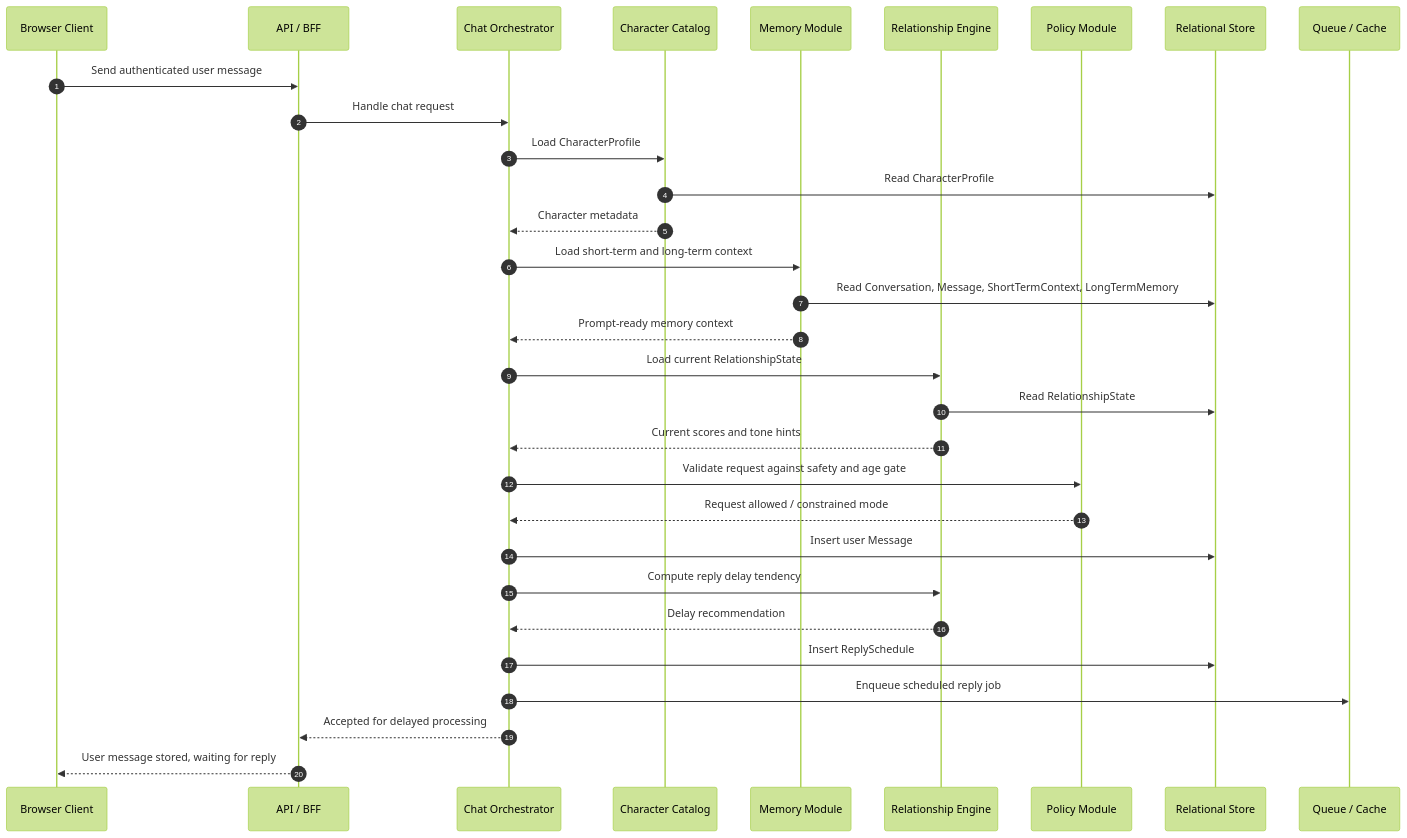
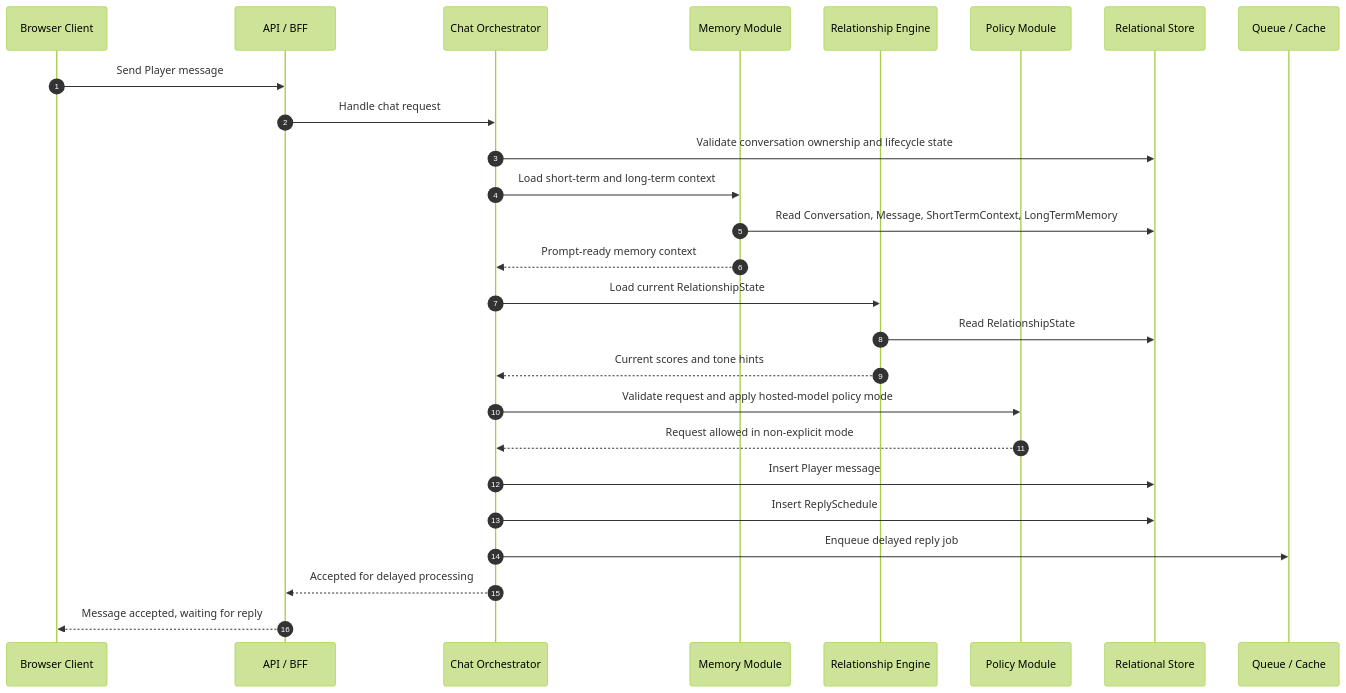
The second of 6 diagrams in docs/02_architecture/renai-game-llm-mvp-sequence-flows.md (aa-aiera/renai_docs), drawn with Mermaid (forest theme) before and after one commit. The commit also changed other lines of this file and 16 other files, not shown here.

First line of the commit message:
Rename user/character to Player/MC; enforce phase1 policies

````diff
--- a/docs/02_architecture/renai-game-llm-mvp-sequence-flows.md
+++ b/docs/02_architecture/renai-game-llm-mvp-sequence-flows.md
@@ -159,38 +87,32 @@
 ```mermaid
 sequenceDiagram
     autonumber
     participant C as Browser Client
     participant API as API / BFF
     participant ORCH as Chat Orchestrator
-    participant CHAR as Character Catalog
     participant MEM as Memory Module
     participant REL as Relationship Engine
     participant POL as Policy Module
     participant DB as Relational Store
     participant Q as Queue / Cache
 
-    C->>API: Send authenticated user message
+    C->>API: Send Player message
     API->>ORCH: Handle chat request
-    ORCH->>CHAR: Load CharacterProfile
-    CHAR->>DB: Read CharacterProfile
-    CHAR-->>ORCH: Character metadata
-
+    ORCH->>DB: Validate conversation ownership and lifecycle state
     ORCH->>MEM: Load short-term and long-term context
     MEM->>DB: Read Conversation, Message, ShortTermContext, LongTermMemory
     MEM-->>ORCH: Prompt-ready memory context
 
     ORCH->>REL: Load current RelationshipState
     REL->>DB: Read RelationshipState
     REL-->>ORCH: Current scores and tone hints
 
-    ORCH->>POL: Validate request against safety and age gate
-    POL-->>ORCH: Request allowed / constrained mode
+    ORCH->>POL: Validate request and apply hosted-model policy mode
+    POL-->>ORCH: Request allowed in non-explicit mode
 
-    ORCH->>DB: Insert user Message
-    ORCH->>REL: Compute reply delay tendency
-    REL-->>ORCH: Delay recommendation
+    ORCH->>DB: Insert Player message
     ORCH->>DB: Insert ReplySchedule
-    ORCH->>Q: Enqueue scheduled reply job
+    ORCH->>Q: Enqueue delayed reply job
     ORCH-->>API: Accepted for delayed processing
-    API-->>C: User message stored, waiting for reply
+    API-->>C: Message accepted, waiting for reply
 ```
````
